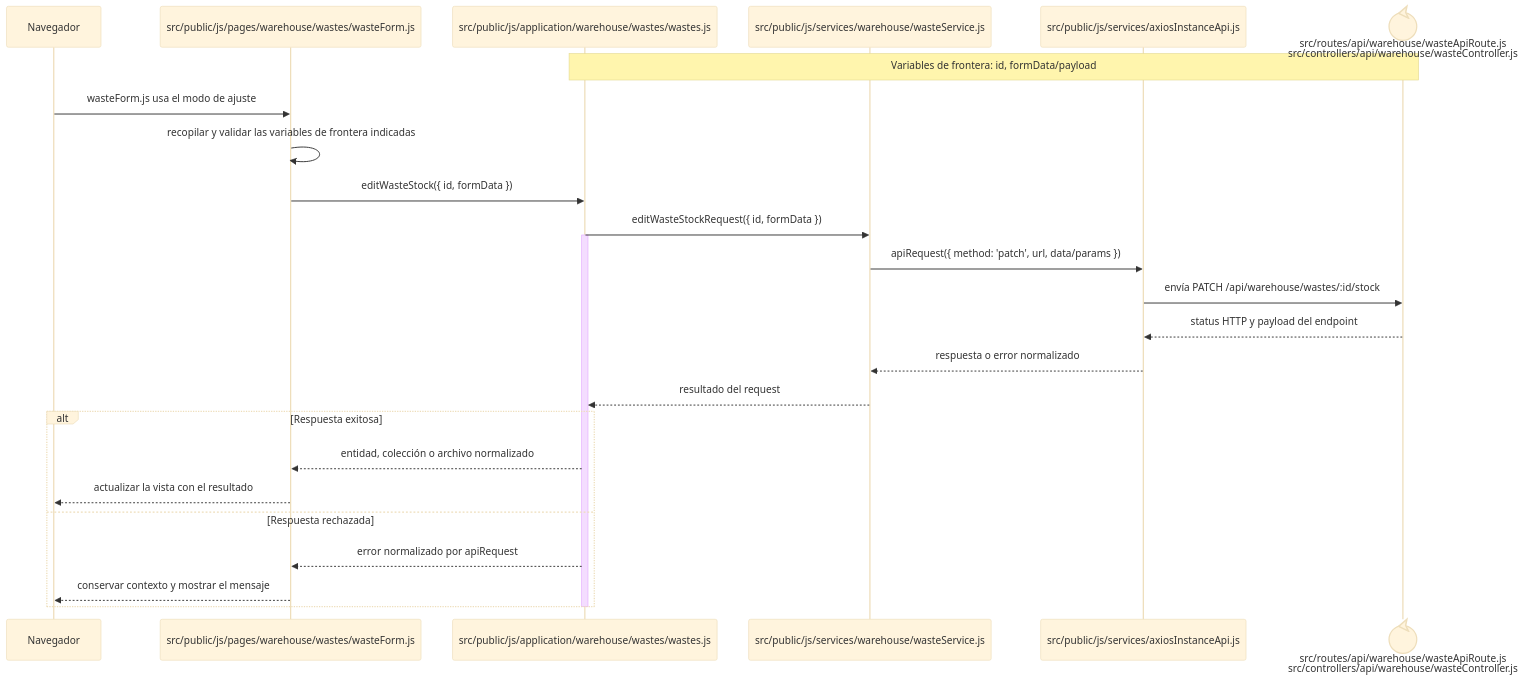
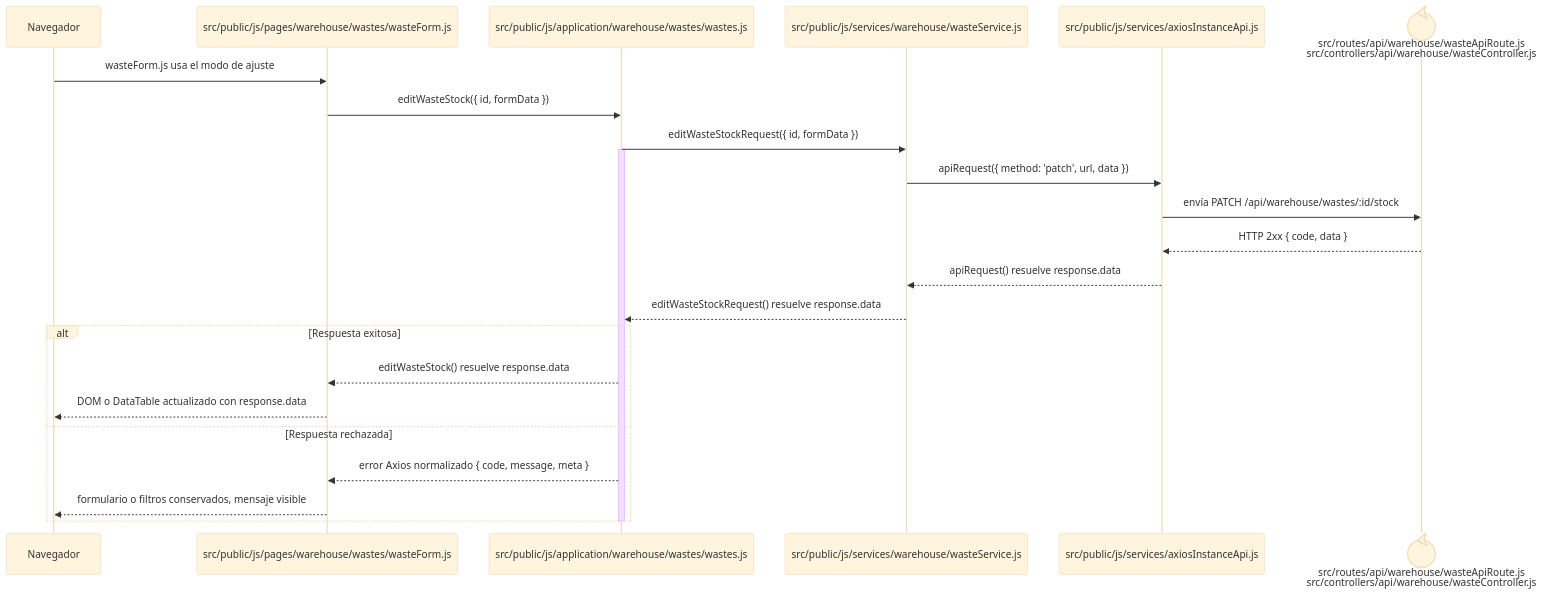
One commit to gpgsistemas01/nexus changed the diagram in docs/architecture/frontend-code-sequences/catalogs/cu-alm-12.md. Above: the diagram before and after it, drawn with Mermaid (base theme). The commit also changed 148 other files, not shown here.

````diff
--- a/docs/architecture/frontend-code-sequences/catalogs/cu-alm-12.md
+++ b/docs/architecture/frontend-code-sequences/catalogs/cu-alm-12.md
@@ -6,29 +6,27 @@
 ```mermaid
 sequenceDiagram
     participant Browser as Navegador
     participant View as src/public/js/pages/warehouse/wastes/wasteForm.js
     participant Application as src/public/js/application/warehouse/wastes/wastes.js
     participant Request as src/public/js/services/warehouse/wasteService.js
     participant HTTP as src/public/js/services/axiosInstanceApi.js
     participant Transport@{ "type": "control" } as src/routes/api/warehouse/wasteApiRoute.js<br/>src/controllers/api/warehouse/wasteController.js
-    Note over Application,Transport: Variables de frontera: id, formData/payload
 
     Browser->>View: wasteForm.js usa el modo de ajuste
-    View->>View: recopilar y validar las variables de frontera indicadas
     View->>Application: editWasteStock({ id, formData })
     Application->>Request: editWasteStockRequest({ id, formData })
     activate Application
-    Request->>HTTP: apiRequest({ method: 'patch', url, data/params })
+    Request->>HTTP: apiRequest({ method: 'patch', url, data })
     HTTP->>Transport: envía PATCH /api/warehouse/wastes/:id/stock
-    Transport-->>HTTP: status HTTP y payload del endpoint
-    HTTP-->>Request: respuesta o error normalizado
-    Request-->>Application: resultado del request
+    Transport-->>HTTP: HTTP 2xx { code, data }
+    HTTP-->>Request: apiRequest() resuelve response.data
+    Request-->>Application: editWasteStockRequest() resuelve response.data
     alt Respuesta exitosa
-        Application-->>View: entidad, colección o archivo normalizado
-        View-->>Browser: actualizar la vista con el resultado
+        Application-->>View: editWasteStock() resuelve response.data
+        View-->>Browser: DOM o DataTable actualizado con response.data
     else Respuesta rechazada
-        Application-->>View: error normalizado por apiRequest
-        View-->>Browser: conservar contexto y mostrar el mensaje
+        Application-->>View: error Axios normalizado { code, message, meta }
+        View-->>Browser: formulario o filtros conservados, mensaje visible
     end
     deactivate Application
 ```
````
